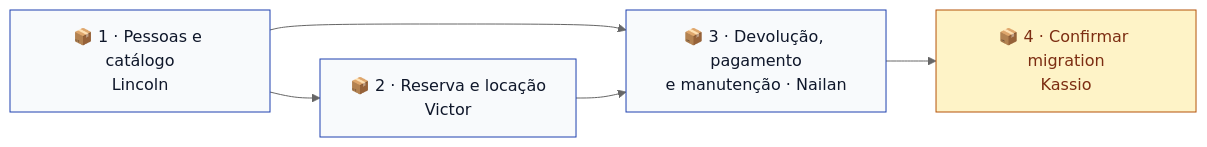
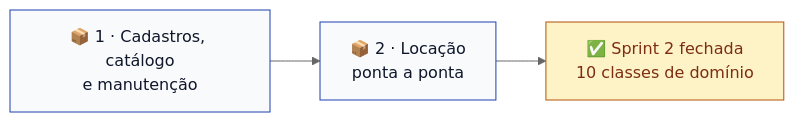
Before and after one commit to kassiods/ToolRent: the diagram in docs/sprints/sprint-2.md, drawn with Mermaid (neutral theme). The commit also changed other lines of this file and 29 other files, not shown here.

````diff
--- a/docs/sprints/sprint-2.md
+++ b/docs/sprints/sprint-2.md
@@ -132,12 +130,10 @@
 ```mermaid
 flowchart LR
-    P1["📦 1 · Pessoas e catálogo<br/>Lincoln"] --> P2["📦 2 · Reserva e locação<br/>Victor"]
-    P1 --> P3["📦 3 · Devolução, pagamento<br/>e manutenção · Nailan"]
-    P2 --> P3
-    P3 --> MIG["📦 4 · Confirmar migration<br/>Kassio"]
+    P1["📦 1 · Cadastros, catálogo<br/>e manutenção"] --> P2["📦 2 · Locação<br/>ponta a ponta"]
+    P2 --> FIM["✅ Sprint 2 fechada<br/>10 classes de domínio"]
 
     classDef pacote fill:#F8FAFC,stroke:#1E40AF,color:#0F172A
     classDef final fill:#FEF3C7,stroke:#B45309,color:#7C2D12
-    class P1,P2,P3 pacote
-    class MIG final
+    class P1,P2 pacote
+    class FIM final
 ```
````
